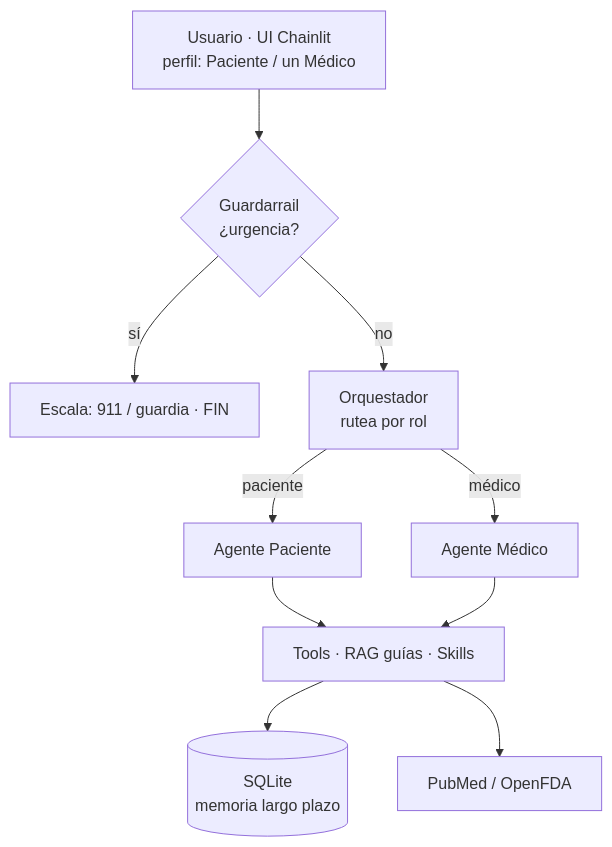
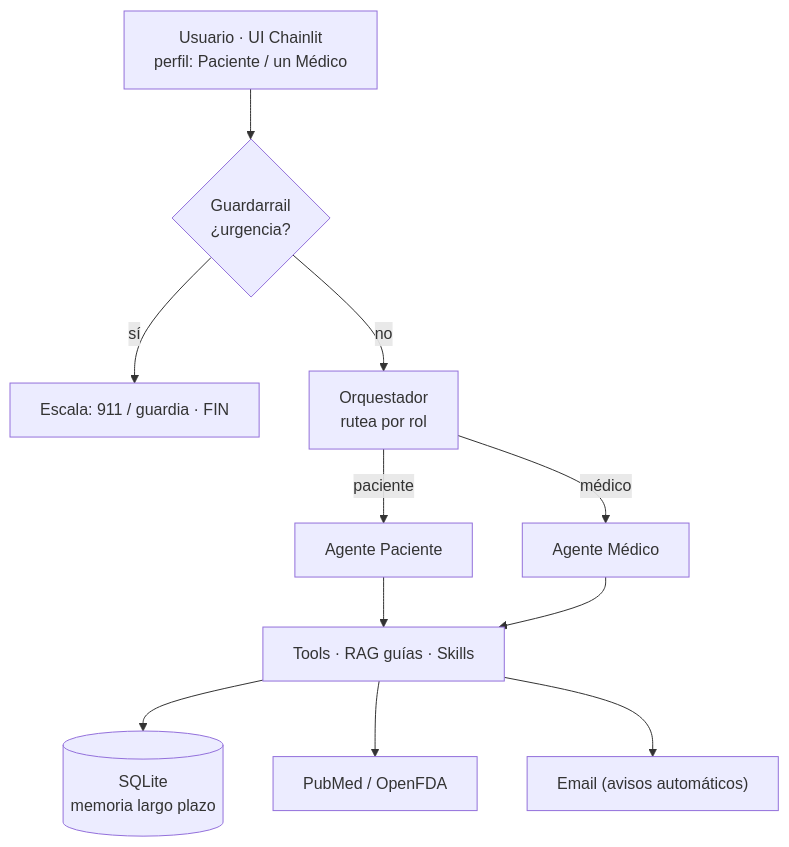
Before and after one commit to Constanzafl/agente_consultorio: the diagram in README.md, drawn with Mermaid. The commit also changed other lines of this file and 4 other files, not shown here.

````diff
--- a/README.md
+++ b/README.md
@@ -62,12 +66,13 @@
 ```mermaid
 flowchart TD
     U["Usuario · UI Chainlit<br/>perfil: Paciente / un Médico"] --> G{"Guardarrail<br/>¿urgencia?"}
     G -->|sí| E["Escala: 911 / guardia · FIN"]
     G -->|no| O["Orquestador<br/>rutea por rol"]
     O -->|paciente| AP["Agente Paciente"]
     O -->|médico| AM["Agente Médico"]
     AP --> T["Tools · RAG guías · Skills"]
     AM --> T
     T --> DB[("SQLite<br/>memoria largo plazo")]
     T --> API["PubMed / OpenFDA"]
+    T --> MAIL["Email (avisos automáticos)"]
 ```
````
